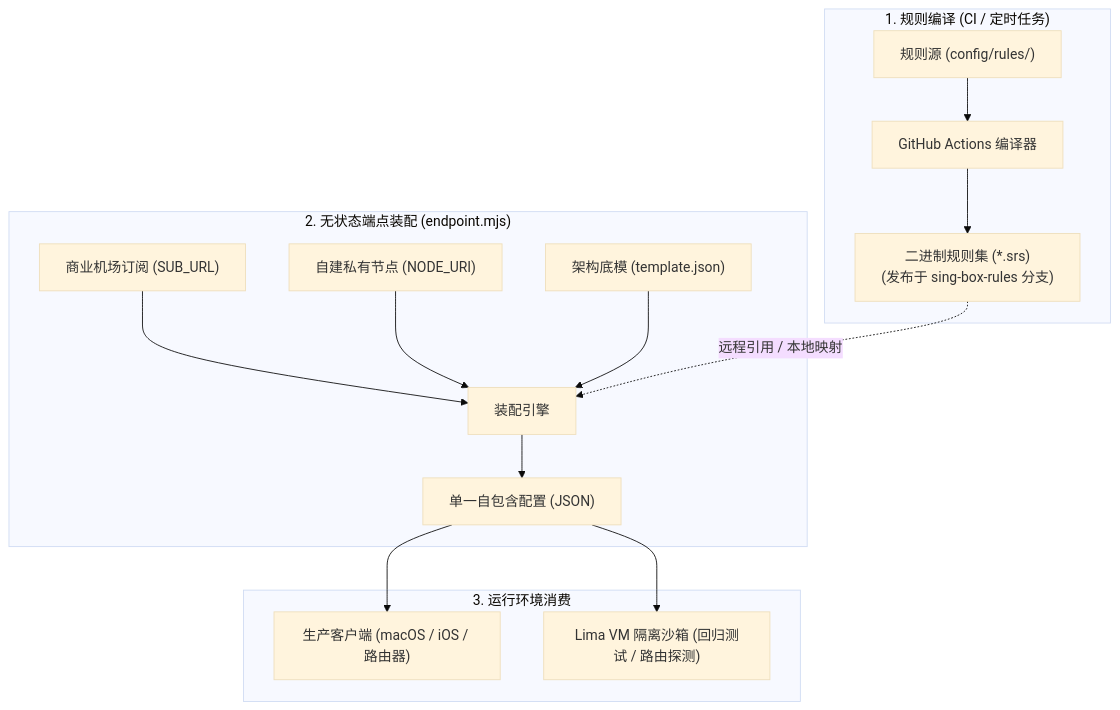
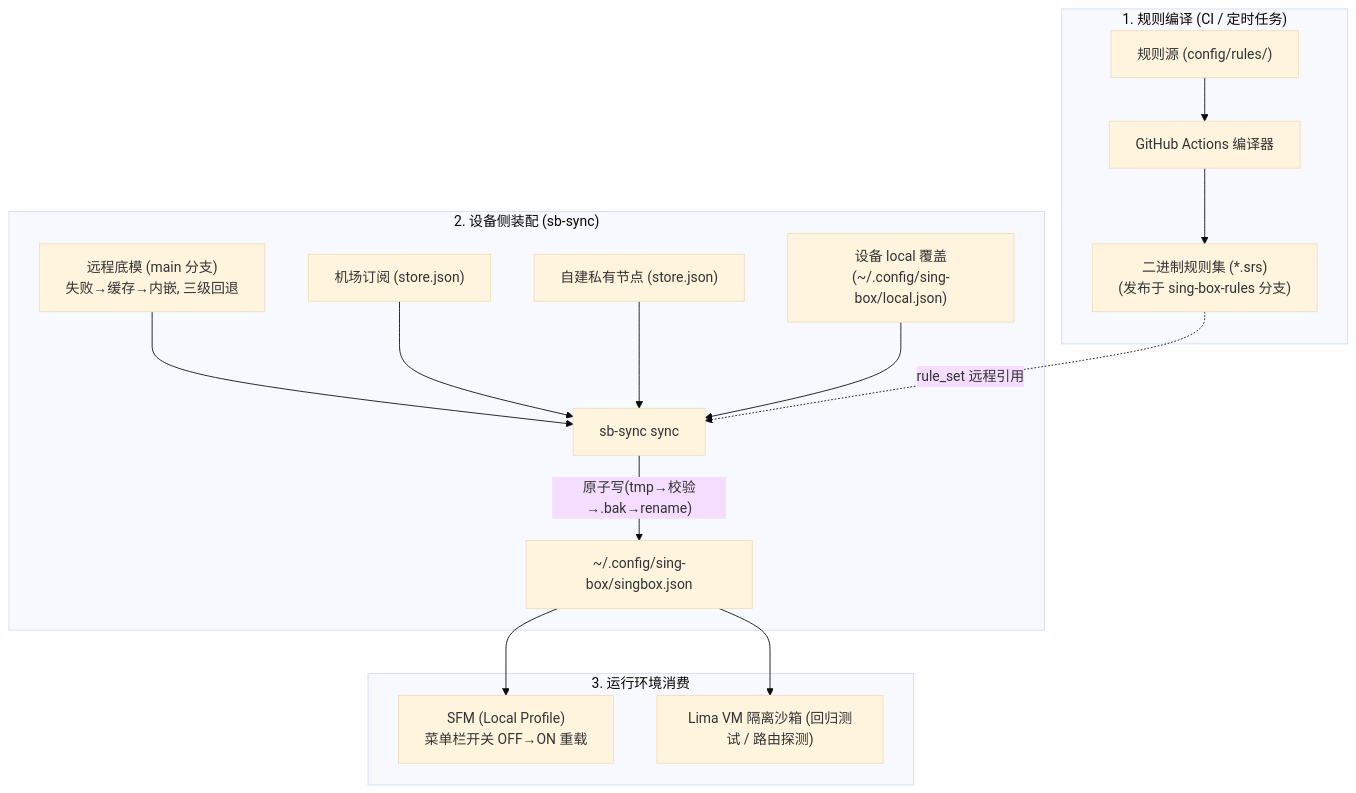
The first of 3 diagrams in docs/ARCH.md (shelken/proxy), drawn with Mermaid (base theme) before and after one commit. The commit also changed other lines of this file and 20 other files, not shown here.

````diff
--- a/docs/ARCH.md
+++ b/docs/ARCH.md
@@ -22,20 +19,21 @@
 ```mermaid
 flowchart TD
     subgraph S1 ["1. 规则编译 (CI / 定时任务)"]
         R_SRC["规则源 (config/rules/)"] --> GHA["GitHub Actions 编译器"]
         GHA --> R_BIN["二进制规则集 (*.srs)\n(发布于 sing-box-rules 分支)"]
     end
 
-    subgraph S2 ["2. 无状态端点装配 (endpoint.mjs)"]
-        INPUT_SUB["商业机场订阅 (SUB_URL)"] --> ASM["装配引擎"]
-        INPUT_NODE["自建私有节点 (NODE_URI)"] --> ASM
-        TPL["架构底模 (template.json)"] --> ASM
-        R_BIN -.->|远程引用 / 本地映射| ASM
-        ASM --> CFG["单一自包含配置 (JSON)"]
+    subgraph S2 ["2. 设备侧装配 (sb-sync)"]
+        TPL_R["远程底模 (main 分支)\n失败→缓存→内嵌, 三级回退"] --> ASM["sb-sync sync"]
+        SUB["机场订阅 (store.json)"] --> ASM
+        NODE["自建私有节点 (store.json)"] --> ASM
+        LOCAL["设备 local 覆盖\n(~/.config/sing-box/local.json)"] --> ASM
+        R_BIN -.->|rule_set 远程引用| ASM
+        ASM -->|"原子写(tmp→校验→.bak→rename)"| CFG["~/.config/sing-box/singbox.json"]
     end
 
     subgraph S3 ["3. 运行环境消费"]
-        CFG --> HOST["生产客户端 (macOS / iOS / 路由器)"]
+        CFG --> SFM["SFM (Local Profile)\n菜单栏开关 OFF→ON 重载"]
         CFG --> SANDBOX["Lima VM 隔离沙箱 (回归测试 / 路由探测)"]
     end
 ```
````
